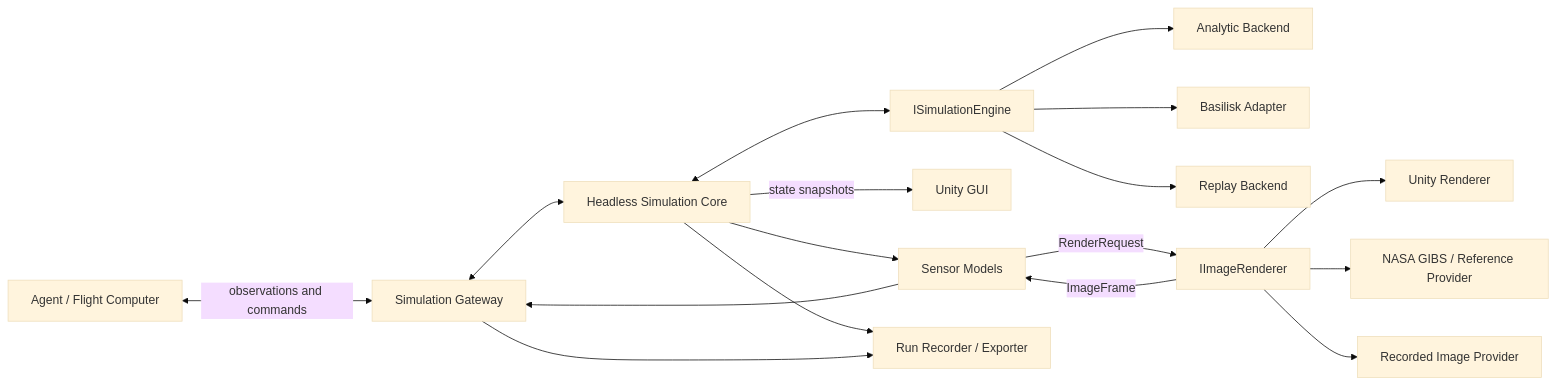
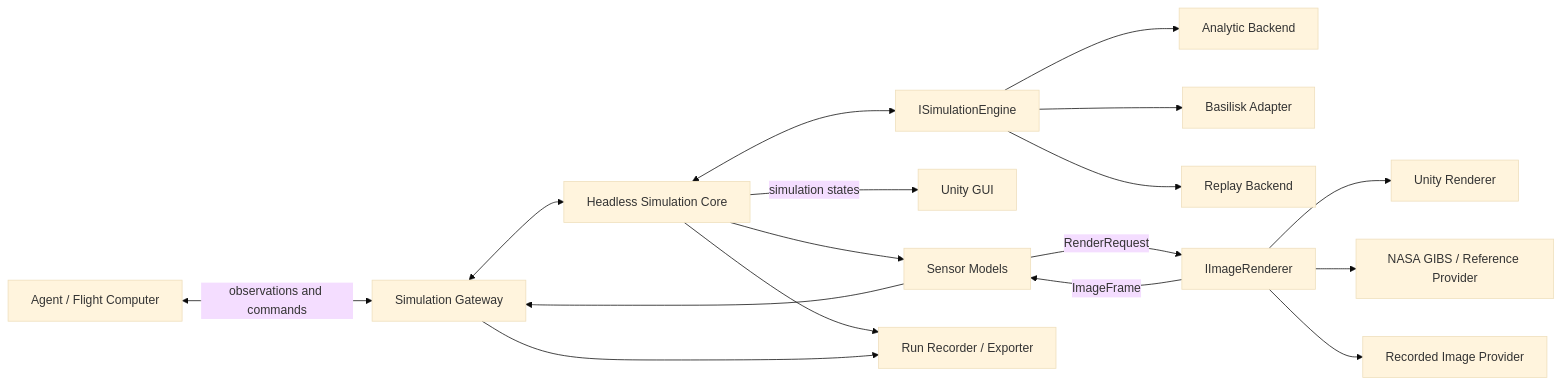
Before and after one commit to cmu-argus-2/argus_simulation: the diagram in docs/system-architecture.md, drawn with Mermaid (base theme). The commit also changed other lines of this file and 33 other files, not shown here.

````diff
--- a/docs/system-architecture.md
+++ b/docs/system-architecture.md
@@ -42,22 +42,22 @@
 ```mermaid
 flowchart LR
     Controller[Agent / Flight Computer] <-->|observations and commands| Gateway[Simulation Gateway]
     Gateway <--> Core[Headless Simulation Core]
     Core <--> Dynamics[ISimulationEngine]
     Dynamics --> Analytic[Analytic Backend]
     Dynamics --> Basilisk[Basilisk Adapter]
     Dynamics --> Replay[Replay Backend]
 
-    Core -->|state snapshots| Unity[Unity GUI]
+    Core -->|simulation states| Unity[Unity GUI]
     Core --> Sensors[Sensor Models]
     Sensors --> Gateway
 
     Sensors -->|RenderRequest| Renderer[IImageRenderer]
     Renderer --> UnityRenderer[Unity Renderer]
     Renderer --> GibsRenderer[NASA GIBS / Reference Provider]
     Renderer --> ReplayRenderer[Recorded Image Provider]
     Renderer -->|ImageFrame| Sensors
 
     Core --> Recorder[Run Recorder / Exporter]
     Gateway --> Recorder
 ```
````
